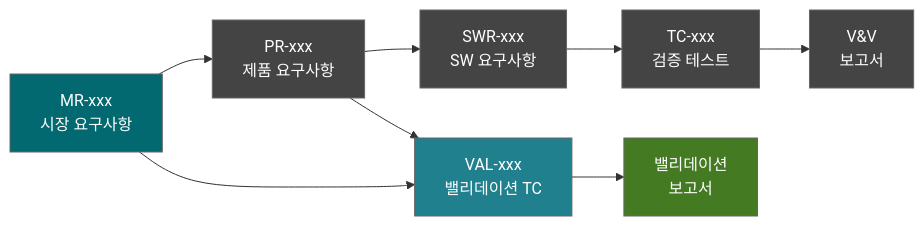
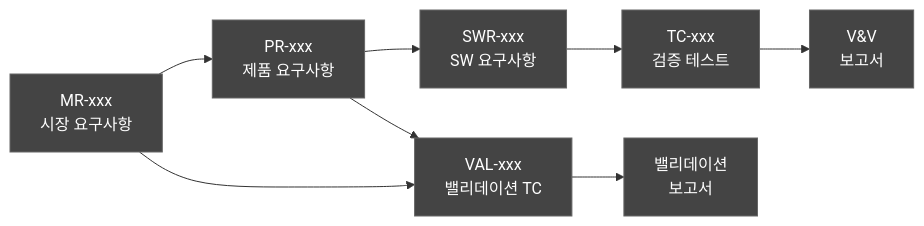
The seventh of 8 diagrams in docs/verification/DOC-015_ValidationPlan_v1.0.md (holee9/console-gui), drawn with Mermaid before and after one commit. The commit also changed other lines of this file and 35 other files, not shown here.

First line of the commit message:
fix: 전체 Mermaid 차트 색상 진한 회색 통일

````diff
--- a/docs/verification/DOC-015_ValidationPlan_v1.0.md
+++ b/docs/verification/DOC-015_ValidationPlan_v1.0.md
@@ -484,15 +484,15 @@
 ```mermaid
 graph LR
     classDef default fill:#444,stroke:#666,color:#fff
     MR[MR-xxx<br/>시장 요구사항] --> PR[PR-xxx<br/>제품 요구사항]
     PR --> SWR[SWR-xxx<br/>SW 요구사항]
     SWR --> TC[TC-xxx<br/>검증 테스트]
     MR --> VAL[VAL-xxx<br/>밸리데이션 TC]
     PR --> VAL
     VAL --> DVR[밸리데이션<br/>보고서]
     TC --> VVR[V&V<br/>보고서]
     
-    style MR fill:#01696F,color:#fff
-    style VAL fill:#20808D,color:#fff
-    style DVR fill:#437A22,color:#fff
+    style MR fill:#444,color:#fff
+    style VAL fill:#444,color:#fff
+    style DVR fill:#444,color:#fff
 ```
````
